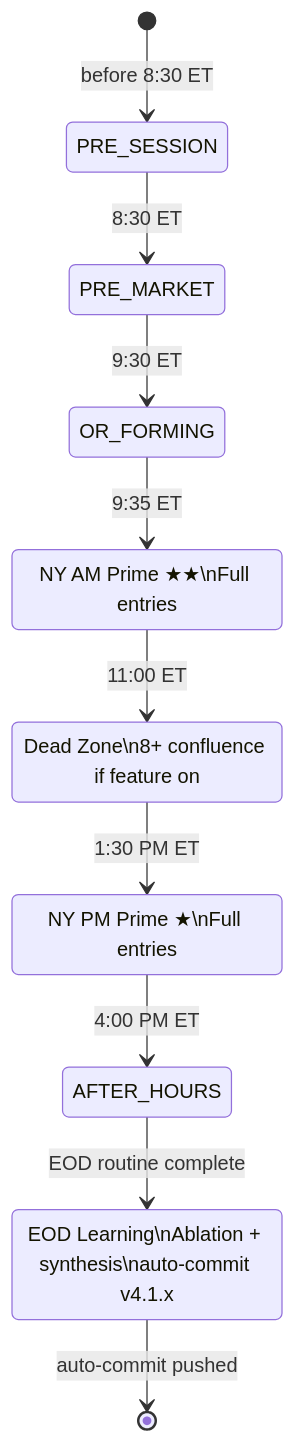
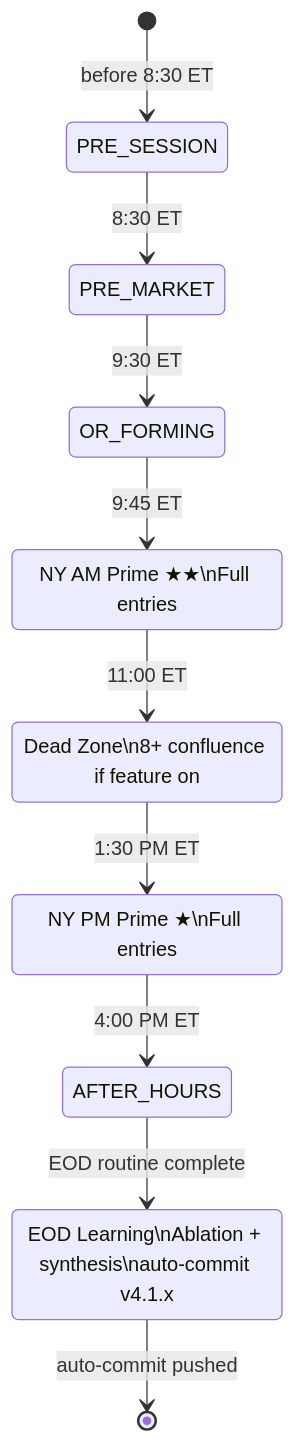
One commit to fgomecs/mnq-ai-trader changed the seventh of 7 diagrams in README.md. Above: the diagram before and after it, drawn with Mermaid. The commit also changed other lines of this file and 2 other files, not shown here.

````diff
--- a/README.md
+++ b/README.md
@@ -832,17 +832,17 @@
 ```mermaid
 stateDiagram-v2
     [*] --> PRE_SESSION: before 8:30 ET
     PRE_SESSION --> PRE_MARKET: 8:30 ET
     PRE_MARKET --> OR_FORMING: 9:30 ET
-    OR_FORMING --> NY_AM: 9:35 ET
+    OR_FORMING --> NY_AM: 9:45 ET
     NY_AM --> DEAD_ZONE: 11:00 ET
     DEAD_ZONE --> NY_PM: 1:30 PM ET
     NY_PM --> AFTER_HOURS: 4:00 PM ET
     AFTER_HOURS --> LEARNING: EOD routine complete
     LEARNING --> [*]: auto-commit pushed
 
     NY_AM: NY AM Prime ★★\nFull entries
     DEAD_ZONE: Dead Zone\n8+ confluence if feature on
     NY_PM: NY PM Prime ★\nFull entries
     LEARNING: EOD Learning\nAblation + synthesis\nauto-commit v4.1.x
 ```
````
